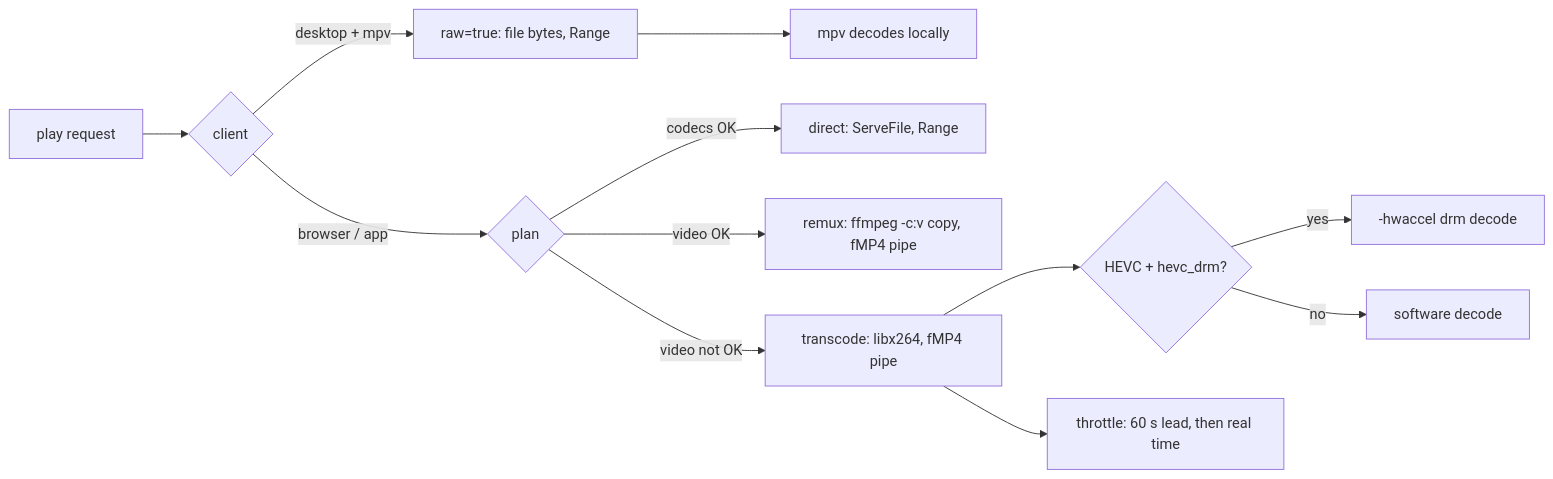
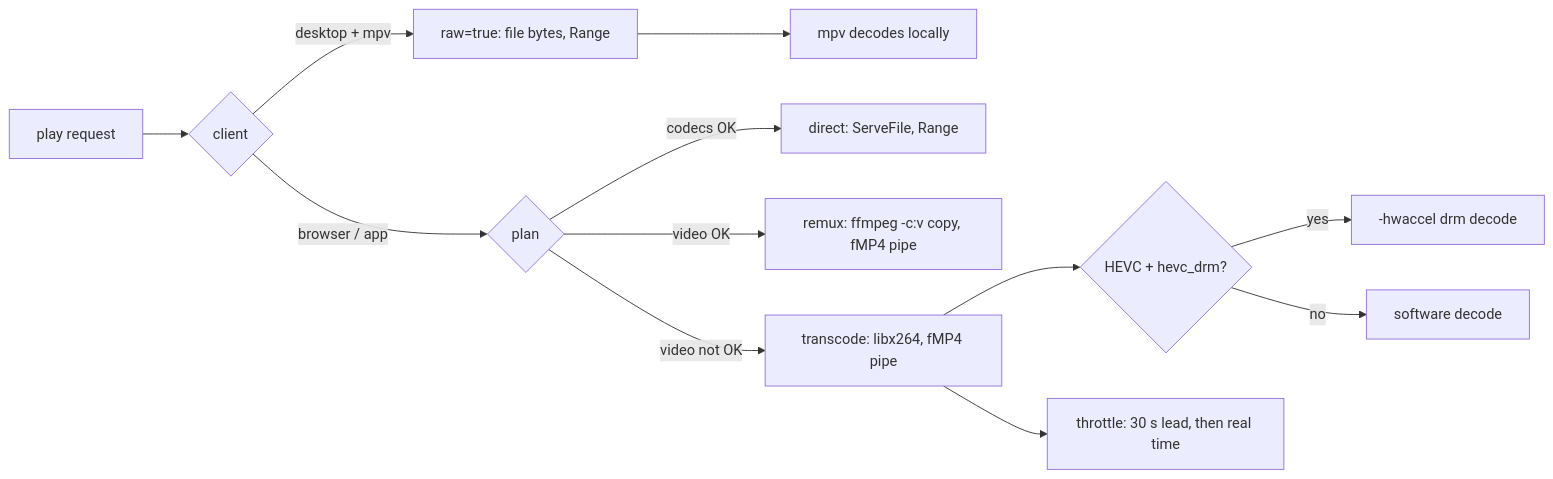
The diagram in development/docs/architecture.md (aiyu-ayaan/Kinema), drawn with Mermaid before and after one commit. The commit also changed other lines of this file and 4 other files, not shown here.

````diff
--- a/development/docs/architecture.md
+++ b/development/docs/architecture.md
@@ -49,13 +49,13 @@
 ```mermaid
 flowchart LR
   P[play request] --> M{client}
   M -- desktop + mpv --> Raw[raw=true: file bytes, Range] --> Mpv[mpv decodes locally]
   M -- browser / app --> Plan{plan}
   Plan -- codecs OK --> Direct[direct: ServeFile, Range]
   Plan -- video OK --> Remux[remux: ffmpeg -c:v copy, fMP4 pipe]
   Plan -- video not OK --> Tx[transcode: libx264, fMP4 pipe]
   Tx --> HW{HEVC + hevc_drm?}
   HW -- yes --> GPU[-hwaccel drm decode]
   HW -- no --> CPU[software decode]
-  Tx --> Thr[throttle: 60 s lead, then real time]
+  Tx --> Thr[throttle: 30 s lead, then real time]
 ```
````
